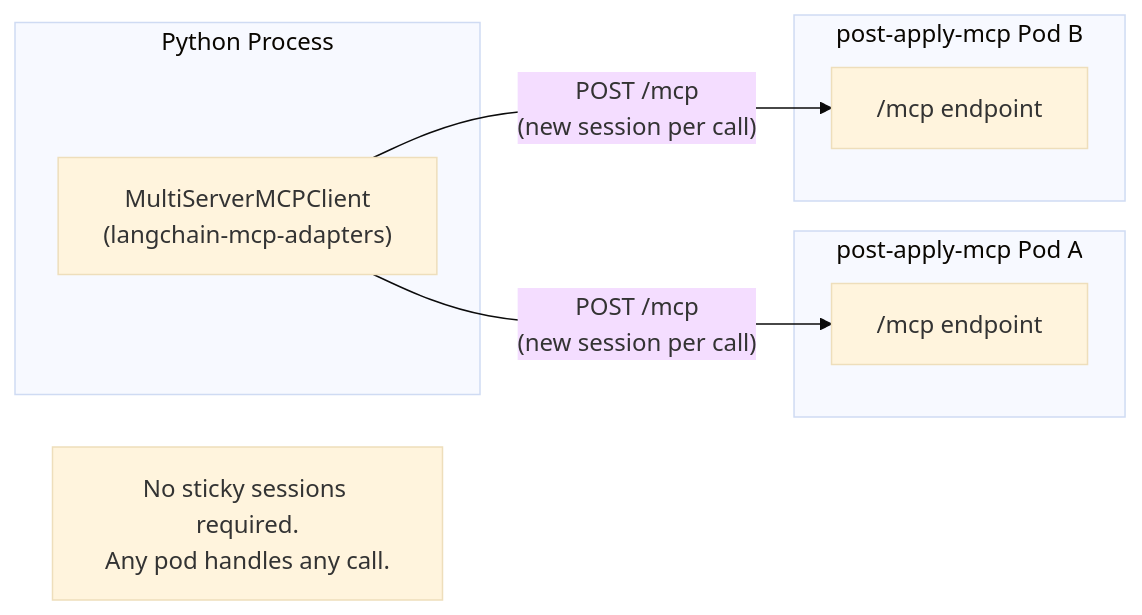
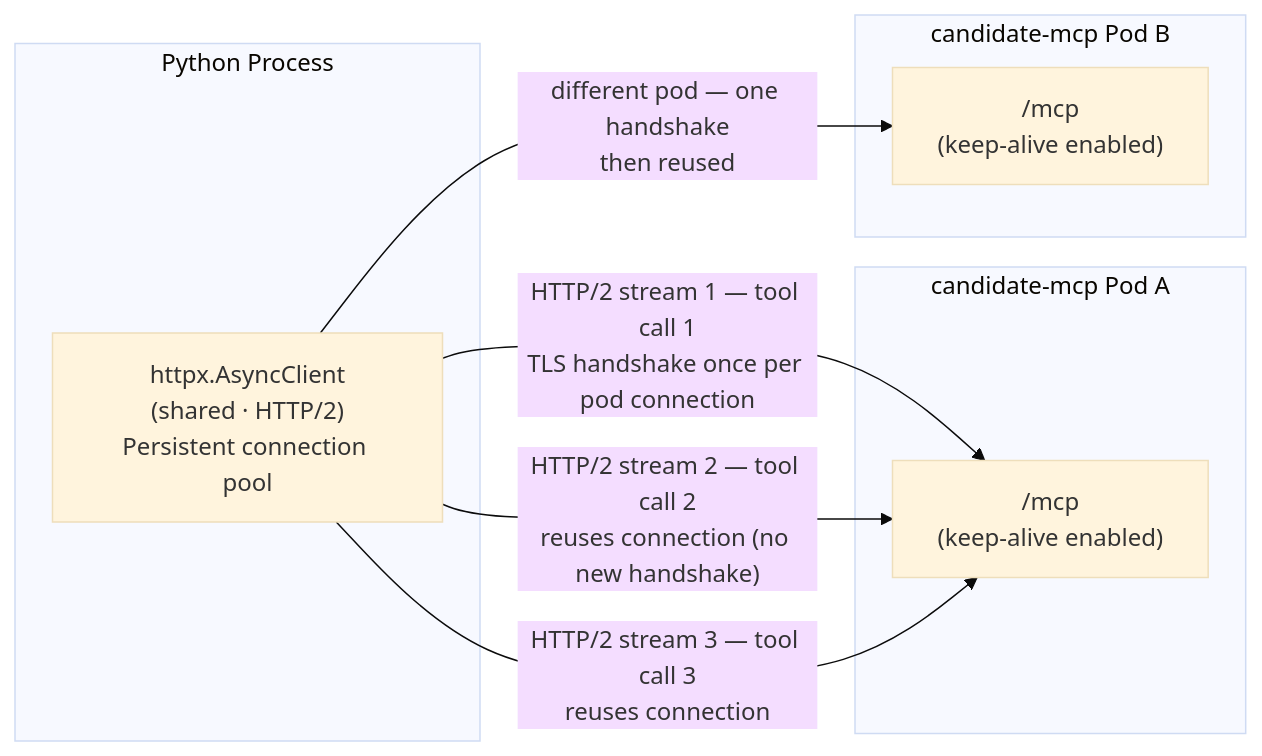
One commit to venkat-raman17/candidate-agent changed diagram 19 of 32 in docs/post-apply-assistant-lld.md. Above: the diagram before and after it, drawn with Mermaid (base theme). The commit also changed other lines of this file, not shown here.

Commit message:
docs: update LLD for post apply assistant

````diff
--- a/docs/post-apply-assistant-lld.md
+++ b/docs/post-apply-assistant-lld.md
@@ -514,17 +908,17 @@
 ```mermaid
 flowchart LR
     subgraph "Python Process"
-        MC["MultiServerMCPClient\n(langchain-mcp-adapters)"]
+        MC["httpx.AsyncClient\n(shared · HTTP/2)\nPersistent connection pool"]
     end
-    subgraph "post-apply-mcp Pod A"
-        EP_A["/mcp endpoint"]
+    subgraph "candidate-mcp Pod A"
+        EP_A["/mcp\n(keep-alive enabled)"]
     end
-    subgraph "post-apply-mcp Pod B"
-        EP_B["/mcp endpoint"]
+    subgraph "candidate-mcp Pod B"
+        EP_B["/mcp\n(keep-alive enabled)"]
     end
 
-    MC -->|"POST /mcp\n(new session per call)"| EP_A
-    MC -->|"POST /mcp\n(new session per call)"| EP_B
-
-    note1["No sticky sessions required.\nAny pod handles any call."]
+    MC -->|"HTTP/2 stream 1 — tool call 1\nTLS handshake once per pod connection"| EP_A
+    MC -->|"HTTP/2 stream 2 — tool call 2\nreuses connection (no new handshake)"| EP_A
+    MC -->|"HTTP/2 stream 3 — tool call 3\nreuses connection"| EP_A
+    MC -->|"different pod — one handshake\nthen reused"| EP_B
 ```
````
